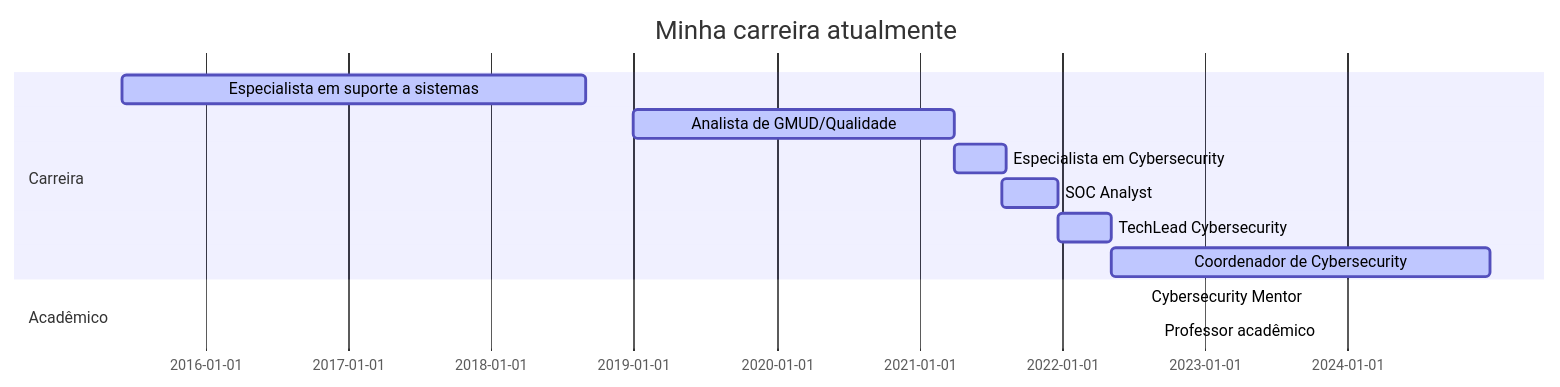
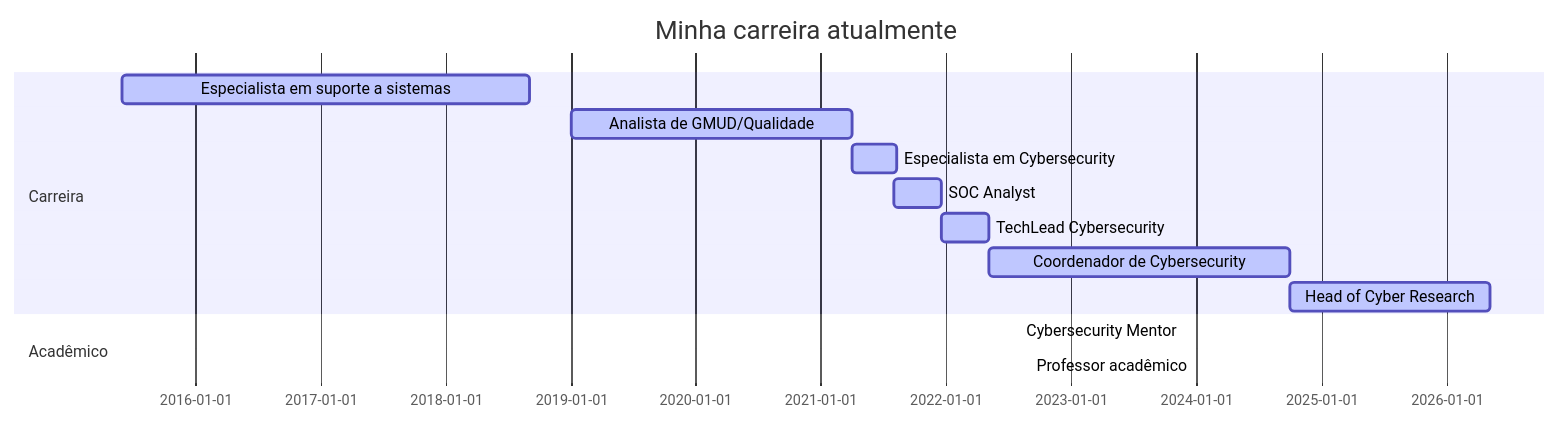
One commit to Ridd1kulusC0d3r/Ridd1kulusC0d3r changed the diagram in README.md. Above: the diagram before and after it, drawn with Mermaid.

````diff
--- a/README.md
+++ b/README.md
@@ -8,18 +8,19 @@
 ```mermaid
 
 gantt
 dateFormat  YYYY-MM-DD
 title Minha carreira atualmente
 
 section Carreira
 Especialista em suporte a sistemas       :active,, 2015-06-01,2018-09-01
 Analista de GMUD/Qualidade          :active,, 2019-01-01,2021-04-01
 Especialista em Cybersecurity         :active,, 2021-04-01,2021-08-10
 SOC Analyst              :active,, 2021-08-01,2021-12-20
 TechLead Cybersecurity             :active,, 2021-12-20,2022-05-08
-Coordenador de Cybersecurity                :active,, 2022-05-08,2024-12-31
+Coordenador de Cybersecurity                :active,, 2022-05-08,2024-10-01
+Head of Cyber Research  :active,, 2024-10-01, 2026-05-08
 
 section Acadêmico
 Cybersecurity Mentor :active,, 2022-08-01,2024-06-31
 Professor acadêmico              :active,, 2022-09-01,2024-06-31
 ```
````
